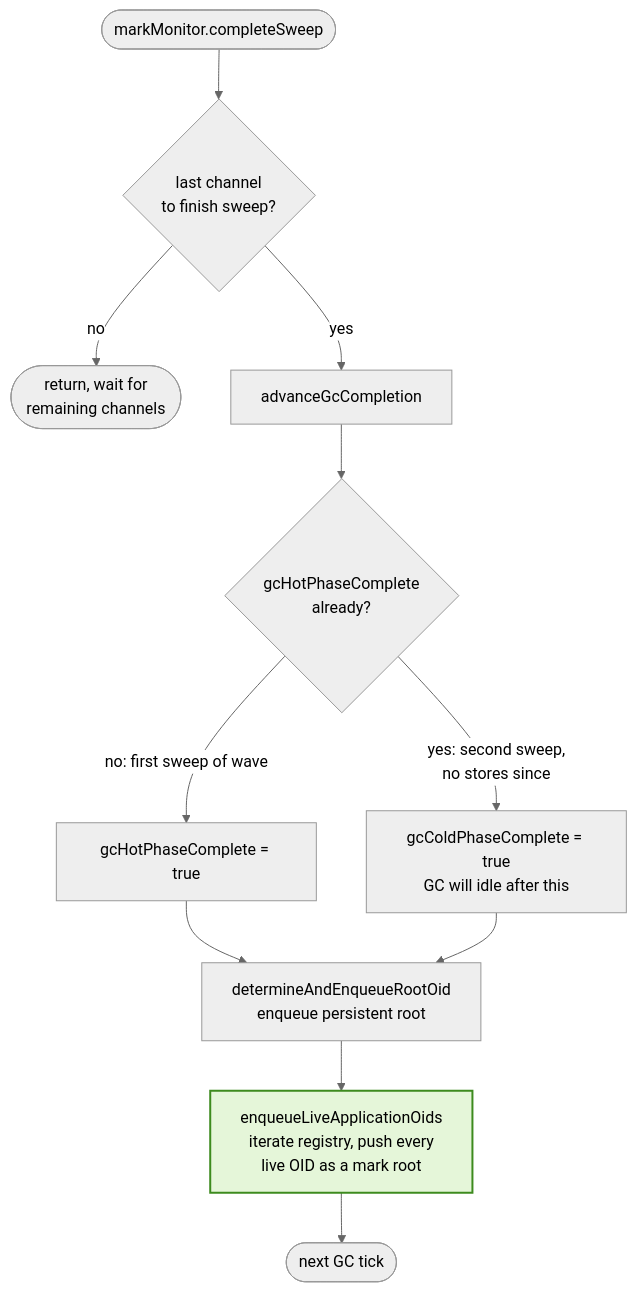
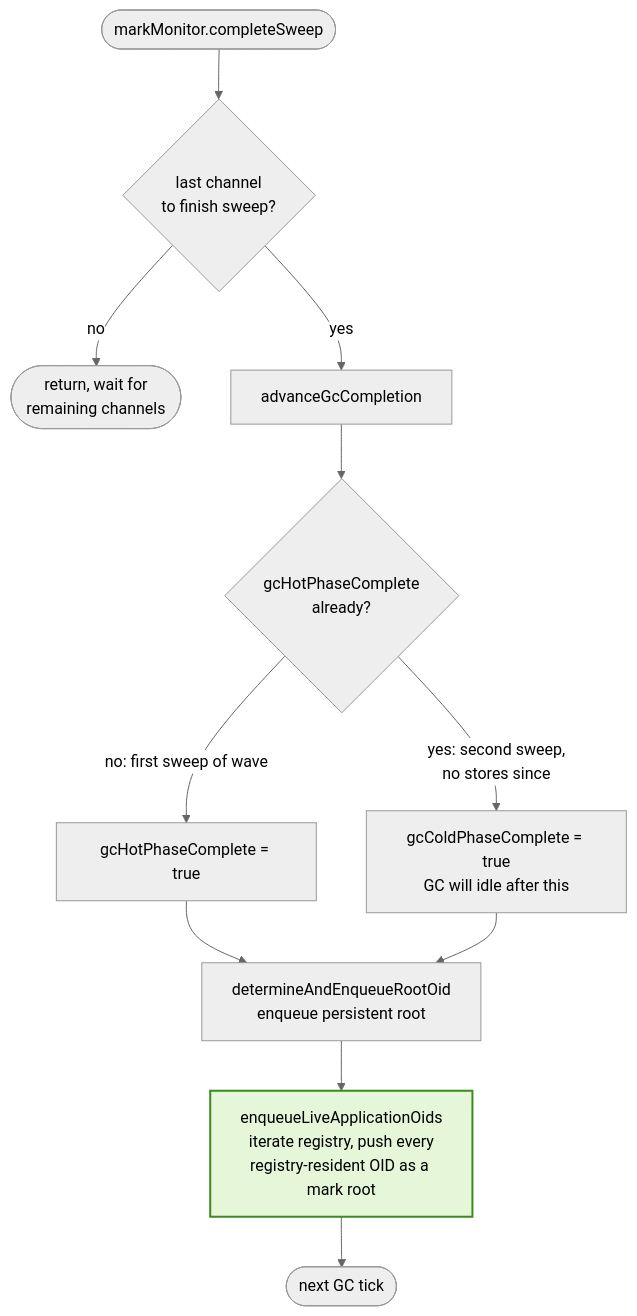
One commit to eclipse-store/store changed the fifth of 6 diagrams in storage/storage/GC.md. Above: the diagram before and after it, drawn with Mermaid (neutral theme). The commit also changed other lines of this file, not shown here.

Commit message:
Document mark-seed/sweep-predicate id-only consistency in GC.md

````diff
--- a/storage/storage/GC.md
+++ b/storage/storage/GC.md
@@ -152,16 +152,16 @@
 ```mermaid
 flowchart TD
     CS(["markMonitor.completeSweep"]) --> L{"last channel<br/>to finish sweep?"}
     L -->|no| R(["return, wait for<br/>remaining channels"])
     L -->|yes| Adv["advanceGcCompletion"]
     Adv --> H{"gcHotPhaseComplete<br/>already?"}
     H -->|no: first sweep of wave| SH["gcHotPhaseComplete = true"]
     H -->|yes: second sweep,<br/>no stores since| SC["gcColdPhaseComplete = true<br/>GC will idle after this"]
     SH --> Seed1["determineAndEnqueueRootOid<br/>enqueue persistent root"]
     SC --> Seed1
-    Seed1 --> Seed2["enqueueLiveApplicationOids<br/>iterate registry, push every<br/>live OID as a mark root"]
+    Seed1 --> Seed2["enqueueLiveApplicationOids<br/>iterate registry, push every<br/>registry-resident OID as a mark root"]
     Seed2 --> N(["next GC tick"])
 
     classDef appRoots fill:#e5f6d9,stroke:#3d8b1e,stroke-width:2px
     class Seed2 appRoots
 ```
````
